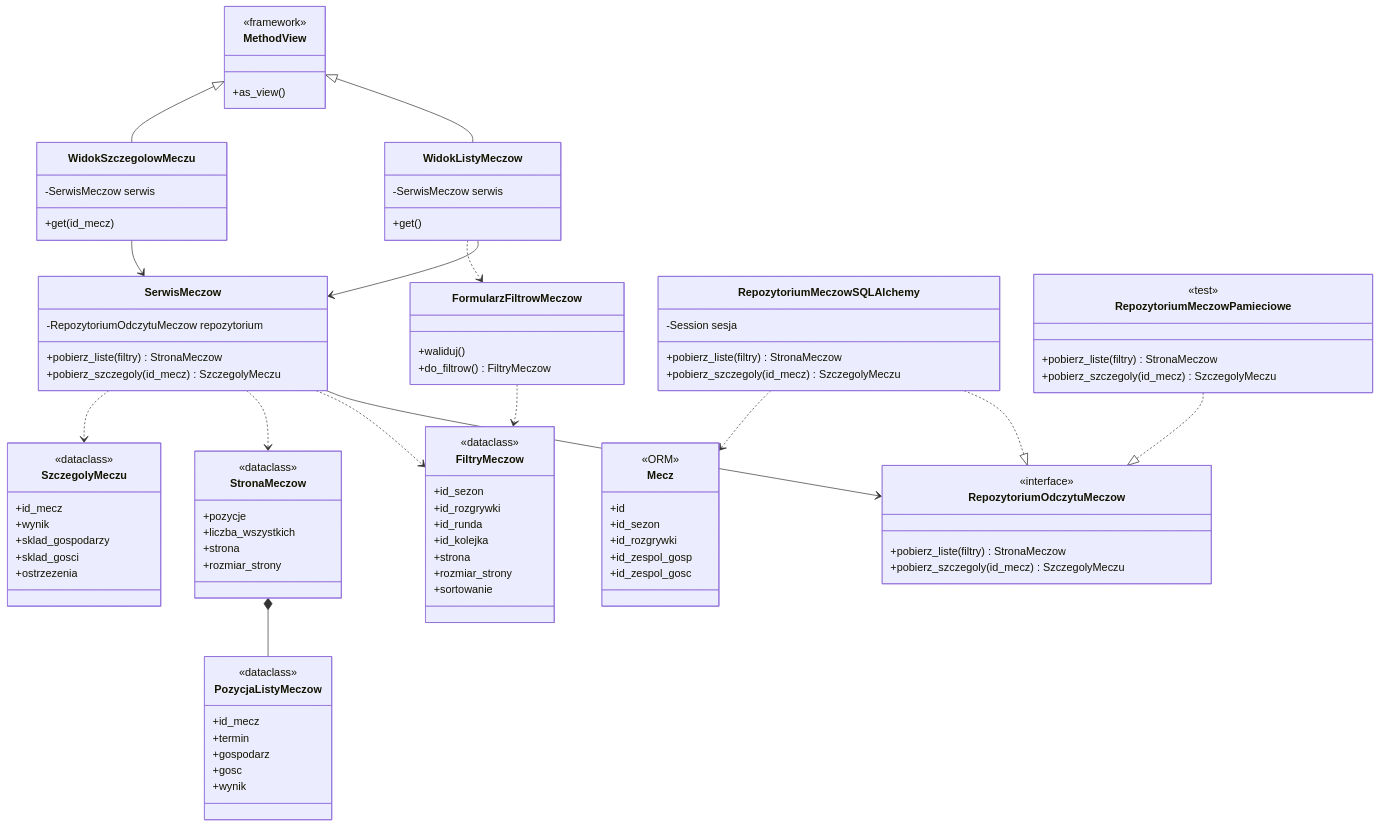
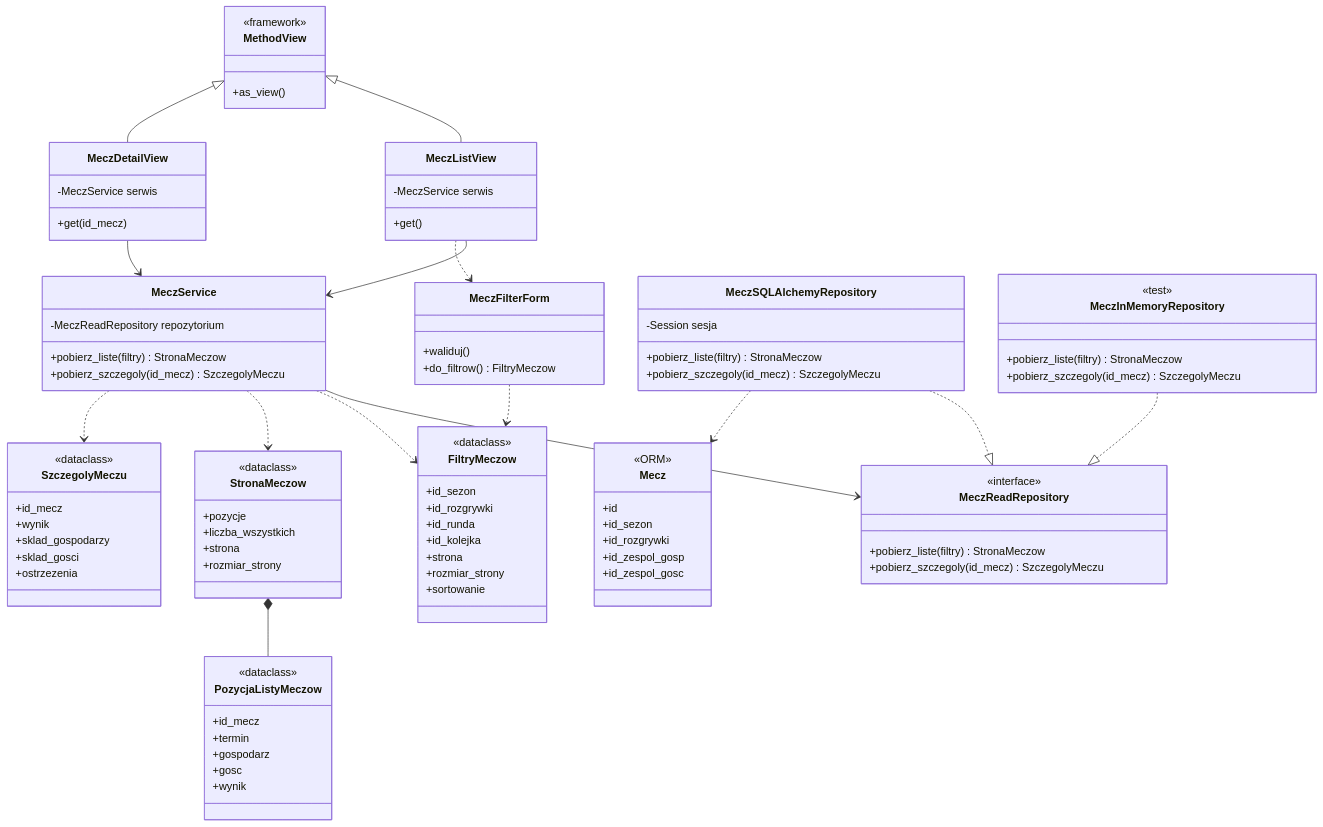
Before and after one commit to michkaminski/handaball_datascience: the first of 3 diagrams in docs/UML.md, drawn with Mermaid. The commit also changed other lines of this file and 132 other files, not shown here.

````diff
--- a/docs/UML.md
+++ b/docs/UML.md
@@ -12,34 +16,34 @@
         <<framework>>
         +as_view()
     }
-    class WidokListyMeczow {
-        -SerwisMeczow serwis
+    class MeczListView {
+        -MeczService serwis
         +get()
     }
-    class WidokSzczegolowMeczu {
-        -SerwisMeczow serwis
+    class MeczDetailView {
+        -MeczService serwis
         +get(id_mecz)
     }
-    class FormularzFiltrowMeczow {
+    class MeczFilterForm {
         +waliduj()
         +do_filtrow() FiltryMeczow
     }
-    class SerwisMeczow {
-        -RepozytoriumOdczytuMeczow repozytorium
+    class MeczService {
+        -MeczReadRepository repozytorium
         +pobierz_liste(filtry) StronaMeczow
         +pobierz_szczegoly(id_mecz) SzczegolyMeczu
     }
-    class RepozytoriumOdczytuMeczow {
+    class MeczReadRepository {
         <<interface>>
         +pobierz_liste(filtry) StronaMeczow
         +pobierz_szczegoly(id_mecz) SzczegolyMeczu
     }
-    class RepozytoriumMeczowSQLAlchemy {
+    class MeczSQLAlchemyRepository {
         -Session sesja
         +pobierz_liste(filtry) StronaMeczow
         +pobierz_szczegoly(id_mecz) SzczegolyMeczu
     }
-    class RepozytoriumMeczowPamieciowe {
+    class MeczInMemoryRepository {
         <<test>>
         +pobierz_liste(filtry) StronaMeczow
         +pobierz_szczegoly(id_mecz) SzczegolyMeczu
@@ -85,18 +89,18 @@
         +id_zespol_gosp
         +id_zespol_gosc
     }
-    MethodView <|-- WidokListyMeczow
-    MethodView <|-- WidokSzczegolowMeczu
-    WidokListyMeczow --> SerwisMeczow
-    WidokSzczegolowMeczu --> SerwisMeczow
-    WidokListyMeczow ..> FormularzFiltrowMeczow
-    FormularzFiltrowMeczow ..> FiltryMeczow
-    SerwisMeczow --> RepozytoriumOdczytuMeczow
-    RepozytoriumMeczowSQLAlchemy ..|> RepozytoriumOdczytuMeczow
-    RepozytoriumMeczowPamieciowe ..|> RepozytoriumOdczytuMeczow
-    RepozytoriumMeczowSQLAlchemy ..> Mecz
-    SerwisMeczow ..> FiltryMeczow
-    SerwisMeczow ..> StronaMeczow
-    SerwisMeczow ..> SzczegolyMeczu
+    MethodView <|-- MeczListView
+    MethodView <|-- MeczDetailView
+    MeczListView --> MeczService
+    MeczDetailView --> MeczService
+    MeczListView ..> MeczFilterForm
+    MeczFilterForm ..> FiltryMeczow
+    MeczService --> MeczReadRepository
+    MeczSQLAlchemyRepository ..|> MeczReadRepository
+    MeczInMemoryRepository ..|> MeczReadRepository
+    MeczSQLAlchemyRepository ..> Mecz
+    MeczService ..> FiltryMeczow
+    MeczService ..> StronaMeczow
+    MeczService ..> SzczegolyMeczu
     StronaMeczow *-- PozycjaListyMeczow
 ```
````
